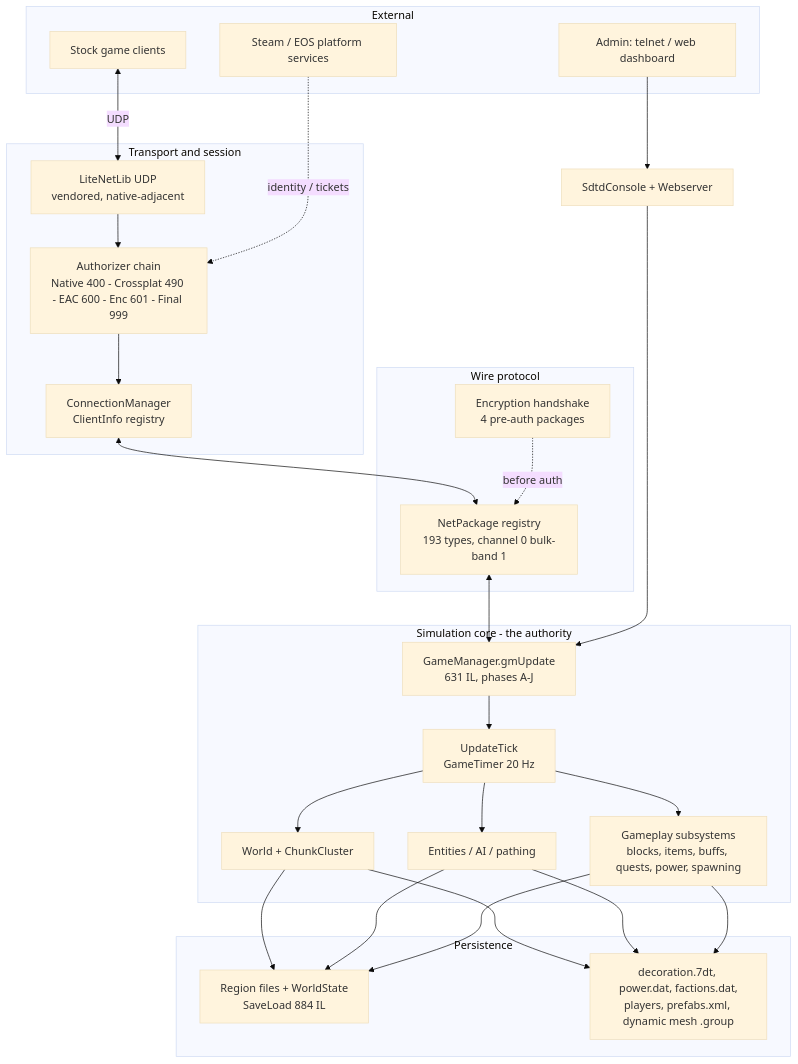
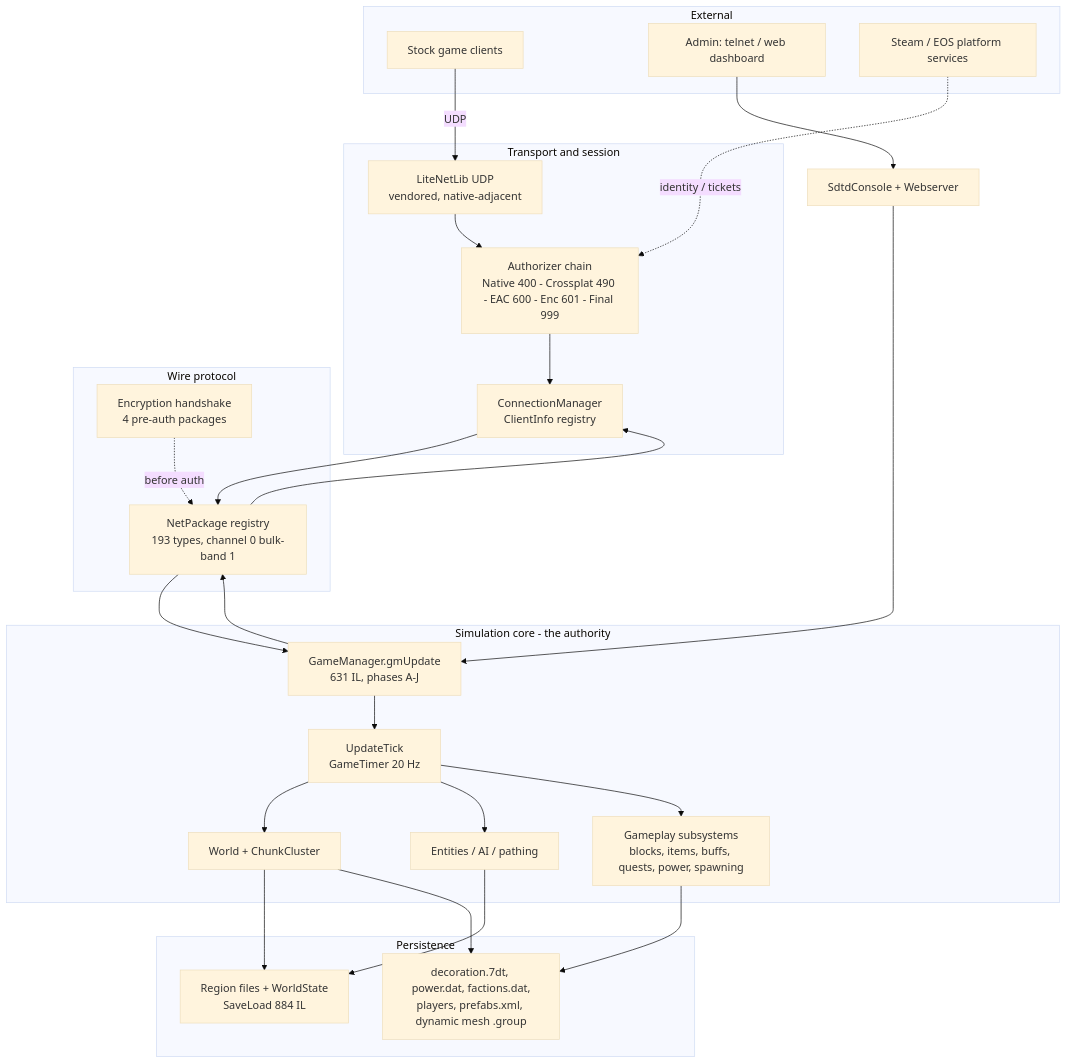
One commit to hordeforge/7dtd-engine-research changed the first of 7 diagrams in docs/architecture-map.md. Above: the diagram before and after it, drawn with Mermaid (base theme). The commit also changed other lines of this file and 1 other file, not shown here.

Commit message:
Make the architecture map render on mermaid 8.6
The map failed to parse in an older mermaid, reported against the wire sequence
diagram. That one used a semicolon, which 8.x treats as a statement separator, and
a bare arrow inside note text. The same class of problem appeared in three more
labels, alongside bidirectional edges, multi-node fan-out edges and click
directives that all need newer mermaid.

Rewrite every diagram in conservative syntax: explicit single edges, no ampersand
fan-out, no click, and prose rather than arrows inside labels.

````diff
--- a/docs/architecture-map.md
+++ b/docs/architecture-map.md
@@ -20,47 +20,52 @@
 ```mermaid
 flowchart TB
   subgraph EXT[External]
     CL[Stock game clients]
     ADM[Admin: telnet / web dashboard]
     PLAT[Steam / EOS platform services]
   end
 
   subgraph TRANSPORT[Transport and session]
     LNL[LiteNetLib UDP<br/>vendored, native-adjacent]
     AUTH[Authorizer chain<br/>Native 400 - Crossplat 490 - EAC 600 - Enc 601 - Final 999]
     CONN[ConnectionManager<br/>ClientInfo registry]
   end
 
   subgraph WIRE[Wire protocol]
     PKG[NetPackage registry<br/>193 types, channel 0 bulk-band 1]
     ENC[Encryption handshake<br/>4 pre-auth packages]
   end
 
   subgraph SIM[Simulation core - the authority]
     GM[GameManager.gmUpdate<br/>631 IL, phases A-J]
     TICK[UpdateTick<br/>GameTimer 20 Hz]
     WORLD[World + ChunkCluster]
     ENT[Entities / AI / pathing]
     SUBS[Gameplay subsystems<br/>blocks, items, buffs, quests, power, spawning]
   end
 
   subgraph PERSIST[Persistence]
     REG[Region files + WorldState<br/>SaveLoad 884 IL]
     AUX[decoration.7dt, power.dat, factions.dat,<br/>players, prefabs.xml, dynamic mesh .group]
   end
 
-  CL <-->|UDP| LNL --> AUTH --> CONN
+  CL -->|UDP| LNL
+  LNL --> AUTH
+  AUTH --> CONN
   PLAT -.identity / tickets.-> AUTH
-  CONN <--> PKG
+  CONN --> PKG
+  PKG --> CONN
   ENC -.before auth.-> PKG
-  PKG <--> GM
+  PKG --> GM
+  GM --> PKG
   ADM --> CONS[SdtdConsole + Webserver]
   CONS --> GM
-  GM --> TICK --> WORLD & ENT & SUBS
-  WORLD & ENT & SUBS --> REG & AUX
-
-  click GM "loop-gmupdate.md"
-  click PKG "protocol-packages.md"
-  click AUTH "platform-auth.md"
-  click REG "save-region.md"
+  GM --> TICK
+  TICK --> WORLD
+  TICK --> ENT
+  TICK --> SUBS
+  WORLD --> REG
+  ENT --> REG
+  SUBS --> AUX
+  WORLD --> AUX
 ```
````
